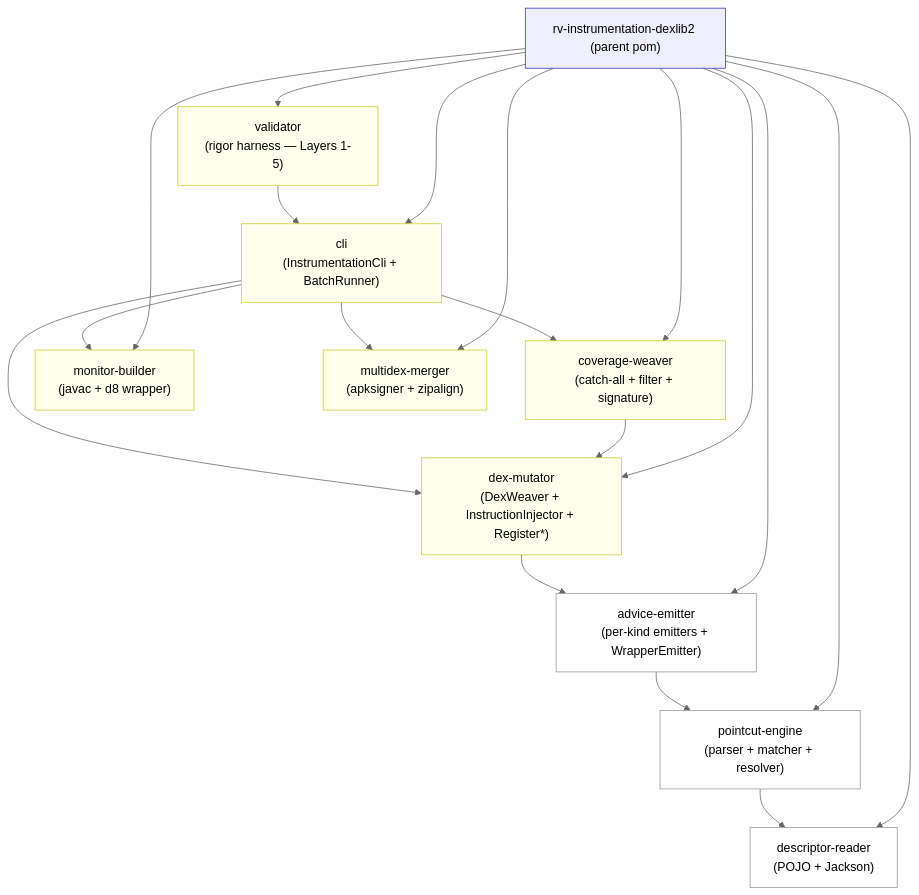
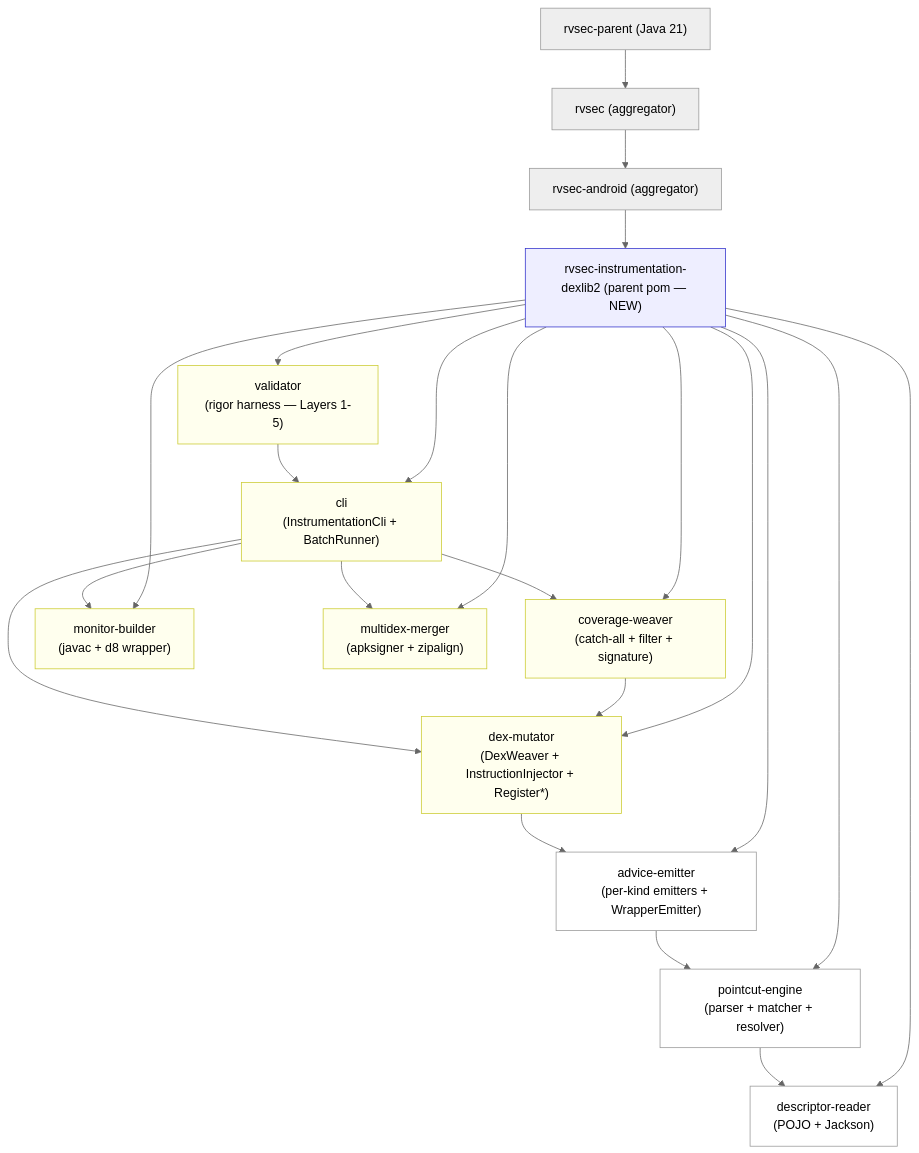
Before and after one commit to PAMunb/rvsec: the second of 6 diagrams in rv-android/openspec/changes/gh52-instr-dexlib2/design.md, drawn with Mermaid (neutral theme). The commit also changed other lines of this file and 17 other files, not shown here.

````diff
--- a/rv-android/openspec/changes/gh52-instr-dexlib2/design.md
+++ b/rv-android/openspec/changes/gh52-instr-dexlib2/design.md
@@ -94,32 +94,38 @@
 ```mermaid
 flowchart TB
-    PARENT["rv-instrumentation-dexlib2 (parent pom)"]
+    RVSECPARENT["rvsec-parent (Java 21)"]
+    RVSEC["rvsec (aggregator)"]
+    RVSECANDROID["rvsec-android (aggregator)"]
+    PARENT["rvsec-instrumentation-dexlib2 (parent pom — NEW)"]
+    RVSECPARENT --> RVSEC
+    RVSEC --> RVSECANDROID
+    RVSECANDROID --> PARENT
     PARENT --> M1["descriptor-reader<br/>(POJO + Jackson)"]
     PARENT --> M2["pointcut-engine<br/>(parser + matcher + resolver)"]
     PARENT --> M3["advice-emitter<br/>(per-kind emitters + WrapperEmitter)"]
     PARENT --> M4["dex-mutator<br/>(DexWeaver + InstructionInjector + Register*)"]
     PARENT --> M5["coverage-weaver<br/>(catch-all + filter + signature)"]
     PARENT --> M6["monitor-builder<br/>(javac + d8 wrapper)"]
     PARENT --> M7["multidex-merger<br/>(apksigner + zipalign)"]
     PARENT --> M8["cli<br/>(InstrumentationCli + BatchRunner)"]
     PARENT --> M9["validator<br/>(rigor harness — Layers 1-5)"]
 
     M2 --> M1
     M3 --> M2
     M4 --> M3
     M5 --> M4
     M8 --> M4
     M8 --> M5
     M8 --> M6
     M8 --> M7
     M9 --> M8
 
     classDef root fill:#eef,stroke:#33c
     classDef pure fill:#fff,stroke:#999
     classDef io fill:#ffe,stroke:#cc3
     class PARENT root
     class M1,M2,M3 pure
     class M4,M5 io
     class M6,M7,M8 io
     class M9 io
 ```
````
